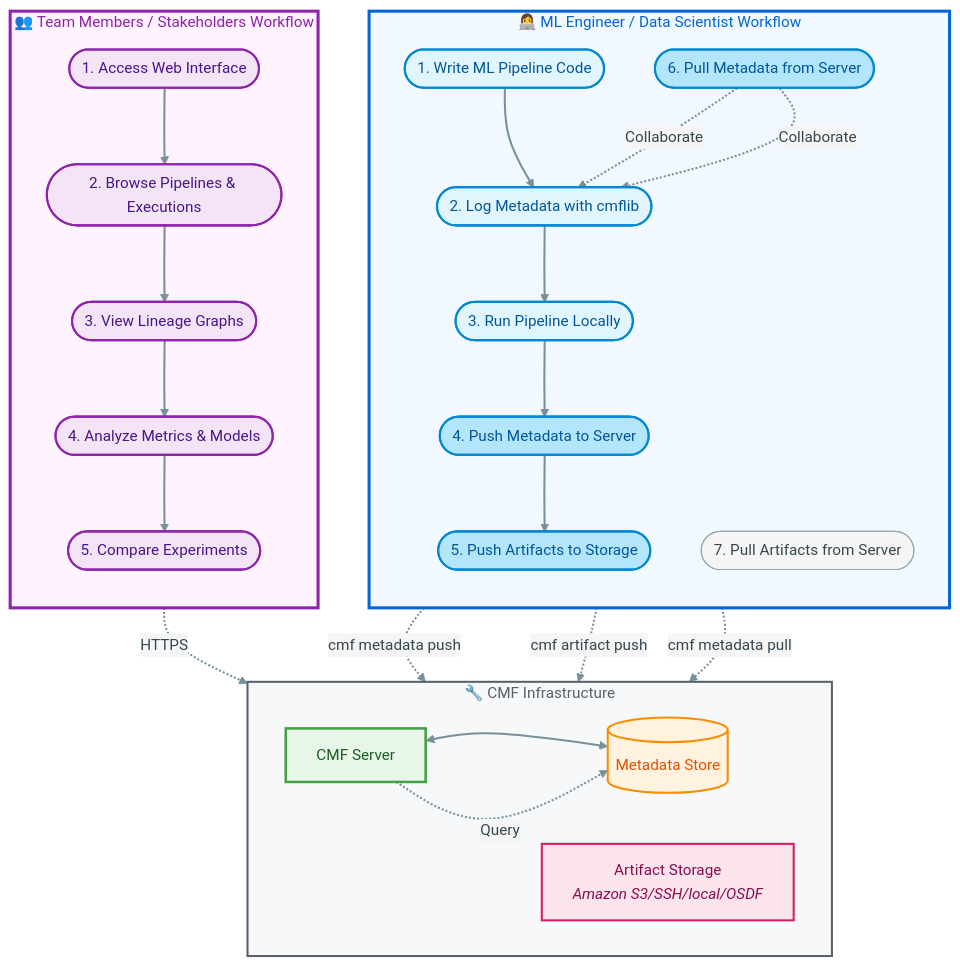
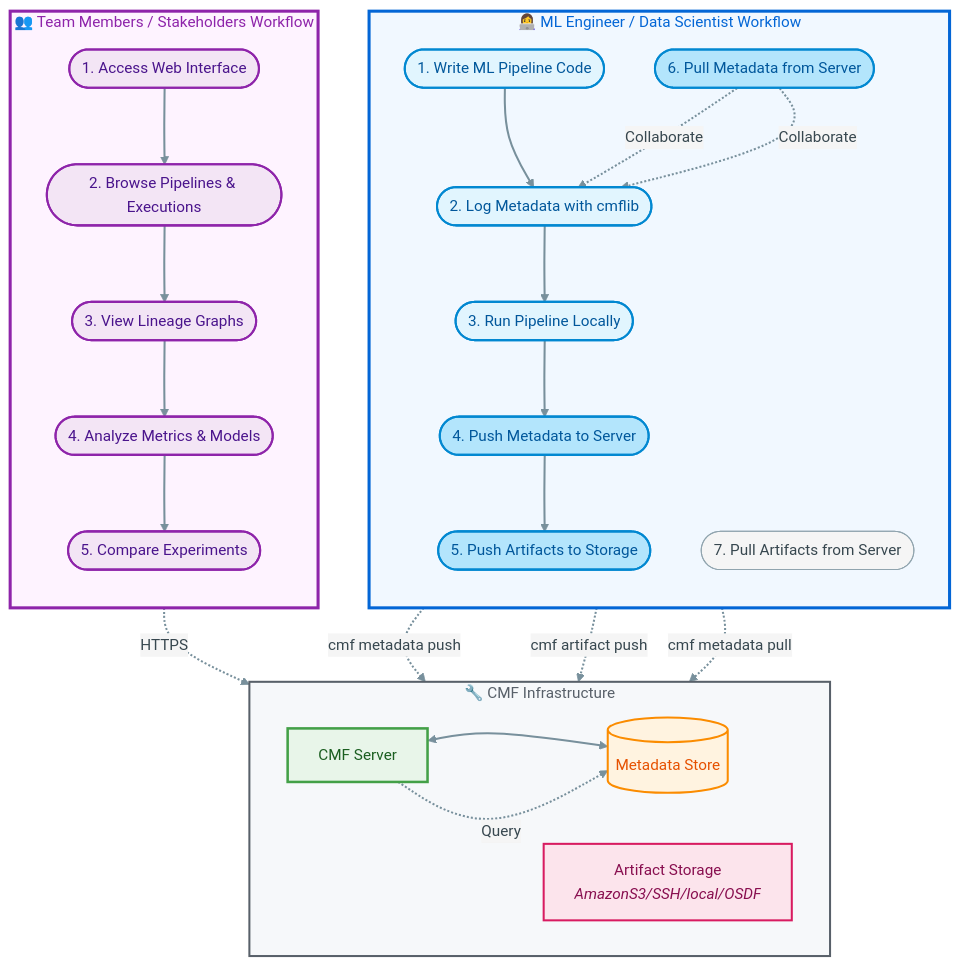
The first of 2 diagrams in docs/index.md (HewlettPackard/cmf), drawn with Mermaid before and after one commit. The commit also changed other lines of this file and 15 other files, not shown here.

````diff
--- a/docs/index.md
+++ b/docs/index.md
@@ -28,68 +28,68 @@
 ```mermaid
 %%{init: {'theme':'base', 'themeVariables': { 'primaryColor':'#f5f5f5','primaryTextColor':'#37474f','primaryBorderColor':'#90a4ae','lineColor':'#78909c','fontSize':'15px','fontFamily':'system-ui, -apple-system, sans-serif'}}}%%
 flowchart TB
     subgraph CLIUSER["👩‍💻 ML Engineer / Data Scientist Workflow"]
         direction TB
         CLI1([1. Write ML Pipeline Code])
         CLI2([2. Log Metadata with cmflib])
         CLI3([3. Run Pipeline Locally])
         CLI4([4. Push Metadata to Server])
         CLI5([5. Push Artifacts to Storage])
         CLI6([6. Pull Metadata from Server])
         CLI7([7. Pull Artifacts from Server])
         
         CLI1 --> CLI2 --> CLI3 --> CLI4 --> CLI5
         CLI6 -.->|Collaborate| CLI2
         CLI6 -.->|Collaborate| CLI2
     end
     
     subgraph WEBUSER["👥 Team Members / Stakeholders Workflow"]
         direction TB
         WEB1([1. Access Web Interface])
         WEB2([2. Browse Pipelines & Executions])
         WEB3([3. View Lineage Graphs])
         WEB4([4. Analyze Metrics & Models])
         WEB5([5. Compare Experiments])
         
         WEB1 --> WEB2 --> WEB3 --> WEB4 --> WEB5
     end
     
     subgraph INFRA["🔧 CMF Infrastructure"]
         direction LR
         SERVER[CMF Server]
         DB[(Metadata Store)]
-        STORAGE[Artifact Storage<br/><i>Amazon S3/SSH/local/OSDF</i>]
+        STORAGE[Artifact Storage<br/><i>AmazonS3/SSH/local/OSDF</i>]
         
         SERVER <--> DB
     end
     
     CLI4 -.->|cmf metadata push| SERVER
     CLI5 -.->|cmf artifact push| STORAGE
     CLI6 -.->|cmf metadata pull| SERVER
     
     WEB1 -.->|HTTPS| SERVER
     SERVER -.->|Query| DB
     
     style CLI1 fill:#e1f5fe,stroke:#0288d1,stroke-width:2px,color:#01579b
     style CLI2 fill:#e1f5fe,stroke:#0288d1,stroke-width:2px,color:#01579b
     style CLI3 fill:#e1f5fe,stroke:#0288d1,stroke-width:2px,color:#01579b
     style CLI4 fill:#b3e5fc,stroke:#0288d1,stroke-width:2px,color:#01579b
     style CLI5 fill:#b3e5fc,stroke:#0288d1,stroke-width:2px,color:#01579b
     style CLI6 fill:#b3e5fc,stroke:#0288d1,stroke-width:2px,color:#01579b
     
     style WEB1 fill:#f3e5f5,stroke:#8e24aa,stroke-width:2px,color:#4a148c
     style WEB2 fill:#f3e5f5,stroke:#8e24aa,stroke-width:2px,color:#4a148c
     style WEB3 fill:#f3e5f5,stroke:#8e24aa,stroke-width:2px,color:#4a148c
     style WEB4 fill:#f3e5f5,stroke:#8e24aa,stroke-width:2px,color:#4a148c
     style WEB5 fill:#f3e5f5,stroke:#8e24aa,stroke-width:2px,color:#4a148c
     
     style SERVER fill:#e8f5e9,stroke:#43a047,stroke-width:2.5px,color:#1b5e20
     style DB fill:#fff3e0,stroke:#fb8c00,stroke-width:2px,color:#e65100
     style STORAGE fill:#fce4ec,stroke:#d81b60,stroke-width:2px,color:#880e4f
     
     style CLIUSER fill:#f1f8ff,stroke:#0366d6,stroke-width:3px,color:#0366d6
     style WEBUSER fill:#fef3ff,stroke:#8e24aa,stroke-width:3px,color:#8e24aa
     style INFRA fill:#f6f8fa,stroke:#586069,stroke-width:2px,color:#586069
     
     linkStyle default stroke:#78909c,stroke-width:2px
 ```
````
